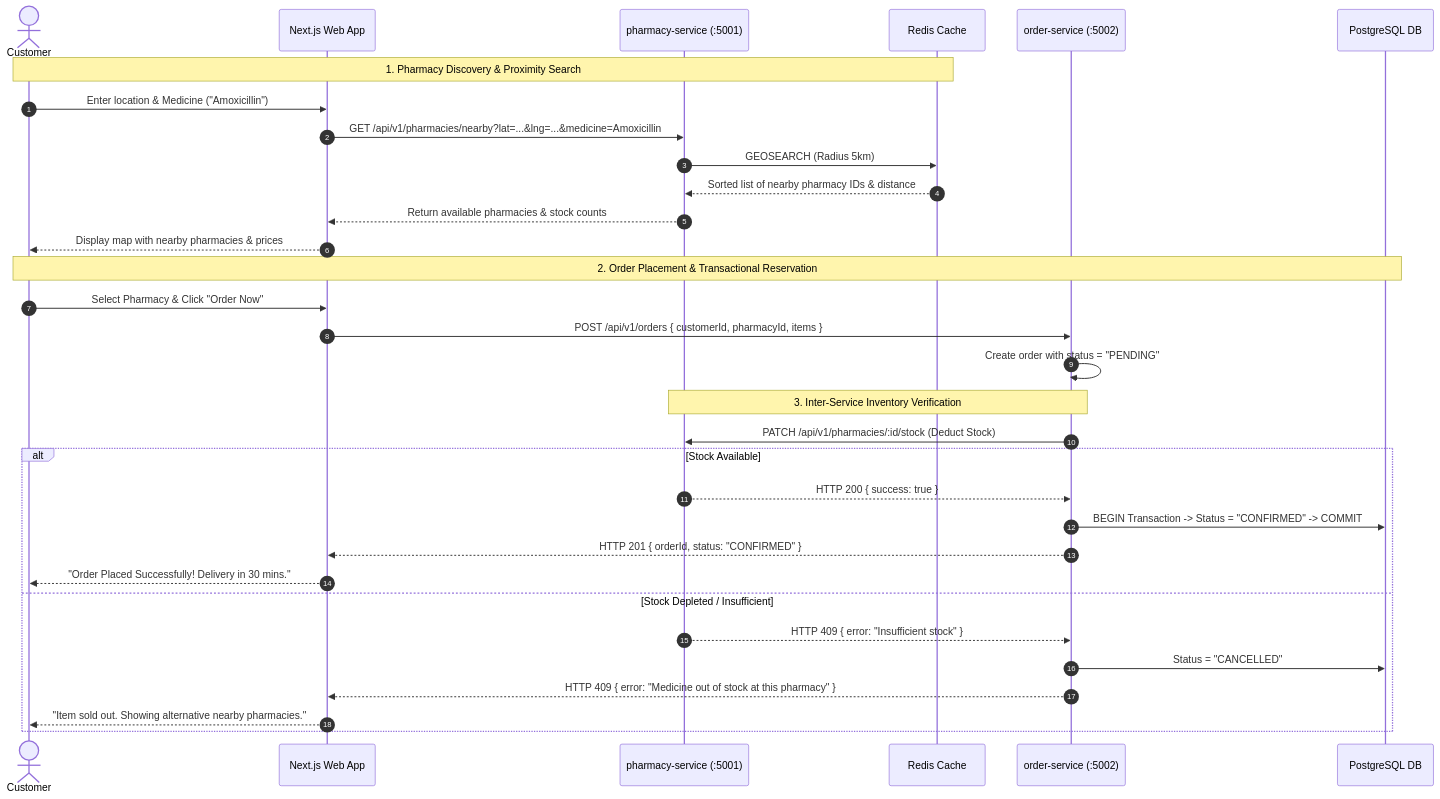
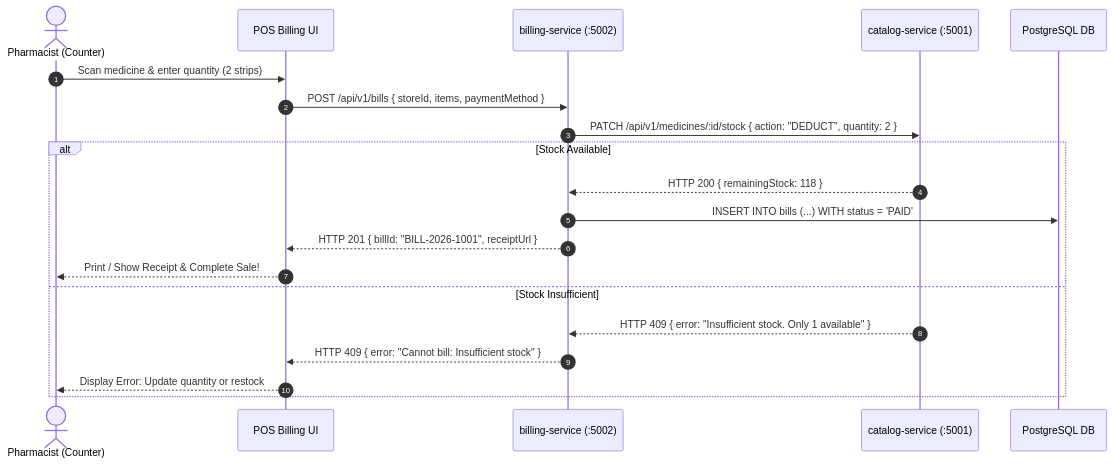
Before and after one commit to albin8800/medigrid-app: the diagram in docs/backend-architecture-and-services.md, drawn with Mermaid. The commit also changed other lines of this file, not shown here.

Commit message:
docs: update backend architecture for inventory catalog and in-store POS billing

````diff
--- a/docs/backend-architecture-and-services.md
+++ b/docs/backend-architecture-and-services.md
@@ -106,37 +110,23 @@
 ```mermaid
 sequenceDiagram
     autonumber
-    actor Customer
-    participant Frontend as Next.js Web App
-    participant PharmacySvc as pharmacy-service (:5001)
-    participant Redis as Redis Cache
-    participant OrderSvc as order-service (:5002)
-    participant Postgres as PostgreSQL DB
+    actor Staff as Pharmacist (Counter)
+    participant POS as POS Billing UI
+    participant BillingSvc as billing-service (:5002)
+    participant CatalogSvc as catalog-service (:5001)
+    participant DB as PostgreSQL DB
 
-    Note over Customer, Redis: 1. Pharmacy Discovery & Proximity Search
-    Customer->>Frontend: Enter location & Medicine ("Amoxicillin")
-    Frontend->>PharmacySvc: GET /api/v1/pharmacies/nearby?lat=...&lng=...&medicine=Amoxicillin
-    PharmacySvc->>Redis: GEOSEARCH (Radius 5km)
-    Redis-->>PharmacySvc: Sorted list of nearby pharmacy IDs & distance
-    PharmacySvc-->>Frontend: Return available pharmacies & stock counts
-    Frontend-->>Customer: Display map with nearby pharmacies & prices
-
-    Note over Customer, Postgres: 2. Order Placement & Transactional Reservation
-    Customer->>Frontend: Select Pharmacy & Click "Order Now"
-    Frontend->>OrderSvc: POST /api/v1/orders { customerId, pharmacyId, items }
-    OrderSvc->>OrderSvc: Create order with status = "PENDING"
-    
-    Note over OrderSvc, PharmacySvc: 3. Inter-Service Inventory Verification
-    OrderSvc->>PharmacySvc: PATCH /api/v1/pharmacies/:id/stock (Deduct Stock)
+    Staff->>POS: Scan medicine & enter quantity (2 strips)
+    POS->>BillingSvc: POST /api/v1/bills { storeId, items, paymentMethod }
+    BillingSvc->>CatalogSvc: PATCH /api/v1/medicines/:id/stock { action: "DEDUCT", quantity: 2 }
     alt Stock Available
-        PharmacySvc-->>OrderSvc: HTTP 200 { success: true }
-        OrderSvc->>Postgres: BEGIN Transaction -> Status = "CONFIRMED" -> COMMIT
-        OrderSvc-->>Frontend: HTTP 201 { orderId, status: "CONFIRMED" }
-        Frontend-->>Customer: "Order Placed Successfully! Delivery in 30 mins."
-    else Stock Depleted / Insufficient
-        PharmacySvc-->>OrderSvc: HTTP 409 { error: "Insufficient stock" }
-        OrderSvc->>Postgres: Status = "CANCELLED"
-        OrderSvc-->>Frontend: HTTP 409 { error: "Medicine out of stock at this pharmacy" }
-        Frontend-->>Customer: "Item sold out. Showing alternative nearby pharmacies."
+        CatalogSvc-->>BillingSvc: HTTP 200 { remainingStock: 118 }
+        BillingSvc->>DB: INSERT INTO bills (...) WITH status = 'PAID'
+        BillingSvc-->>POS: HTTP 201 { billId: "BILL-2026-1001", receiptUrl }
+        POS-->>Staff: Print / Show Receipt & Complete Sale!
+    else Stock Insufficient
+        CatalogSvc-->>BillingSvc: HTTP 409 { error: "Insufficient stock. Only 1 available" }
+        BillingSvc-->>POS: HTTP 409 { error: "Cannot bill: Insufficient stock" }
+        POS-->>Staff: Display Error: Update quantity or restock
     end
 ```
````
